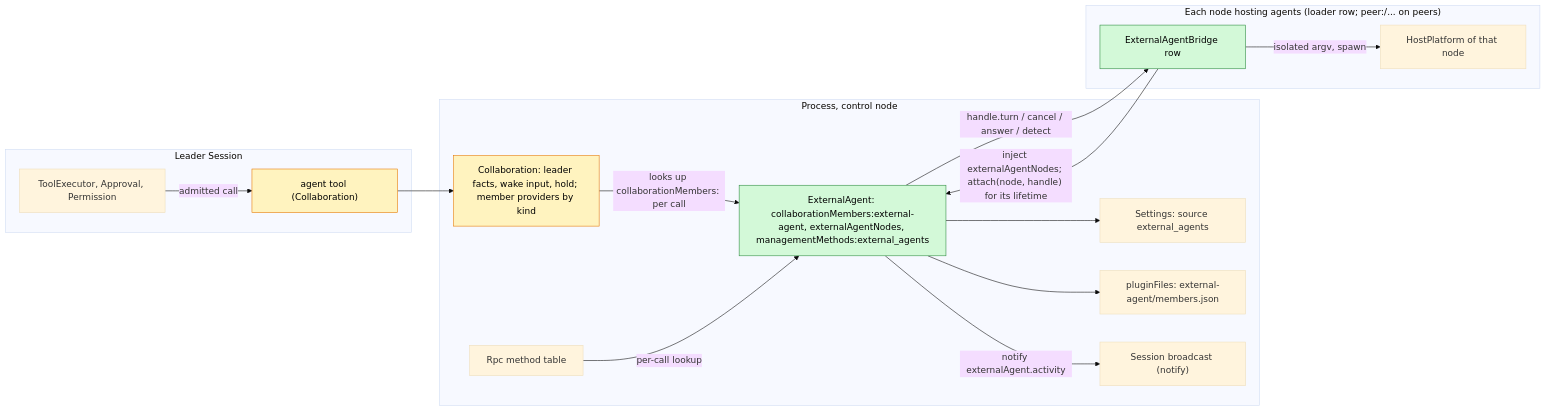
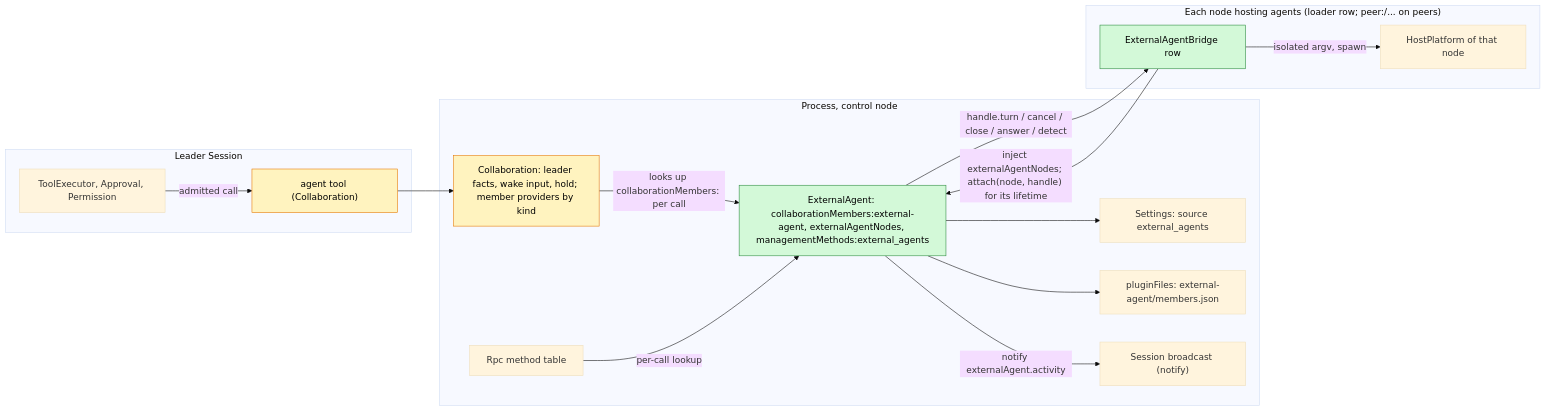
The first of 4 diagrams in docs/design/plugins/ExternalAgent.md (CoutinhoTTS/dim-agent), drawn with Mermaid (base theme) before and after one commit. The commit also changed other lines of this file and 7 other files, not shown here.

````diff
--- a/docs/design/plugins/ExternalAgent.md
+++ b/docs/design/plugins/ExternalAgent.md
@@ -31,31 +31,31 @@
 ```mermaid
 flowchart LR
   classDef new fill:#d3f9d8,stroke:#2b8a3e,color:#000
   classDef chg fill:#fff3bf,stroke:#e67700,color:#000
   subgraph leader["Leader Session"]
     Tool["agent tool (Collaboration)"]:::chg
     TE["ToolExecutor, Approval, Permission"]
   end
   subgraph proc["Process, control node"]
     Coll["Collaboration: leader facts, wake input, hold; member providers by kind"]:::chg
     EA["ExternalAgent: collaborationMembers:external-agent, externalAgentNodes, managementMethods:external_agents"]:::new
     Settings["Settings: source external_agents"]
     PF["pluginFiles: external-agent/members.json"]
     SB["Session broadcast (notify)"]
     Rpc["Rpc method table"]
   end
   subgraph node["Each node hosting agents (loader row; peer:<node>/... on peers)"]
     BR["ExternalAgentBridge row"]:::new
     HP["HostPlatform of that node"]
   end
   TE -->|"admitted call"| Tool
   Tool --> Coll
   Coll -->|"looks up collaborationMembers:<kind> per call"| EA
   BR -->|"inject externalAgentNodes; attach(node, handle) for its lifetime"| EA
-  EA -->|"handle.turn / cancel / answer / detect"| BR
+  EA -->|"handle.turn / cancel / close / answer / detect"| BR
   BR -->|"isolated argv, spawn"| HP
   EA -->|"notify externalAgent.activity"| SB
   Rpc -->|"per-call lookup"| EA
   EA --> Settings
   EA --> PF
 ```
````
